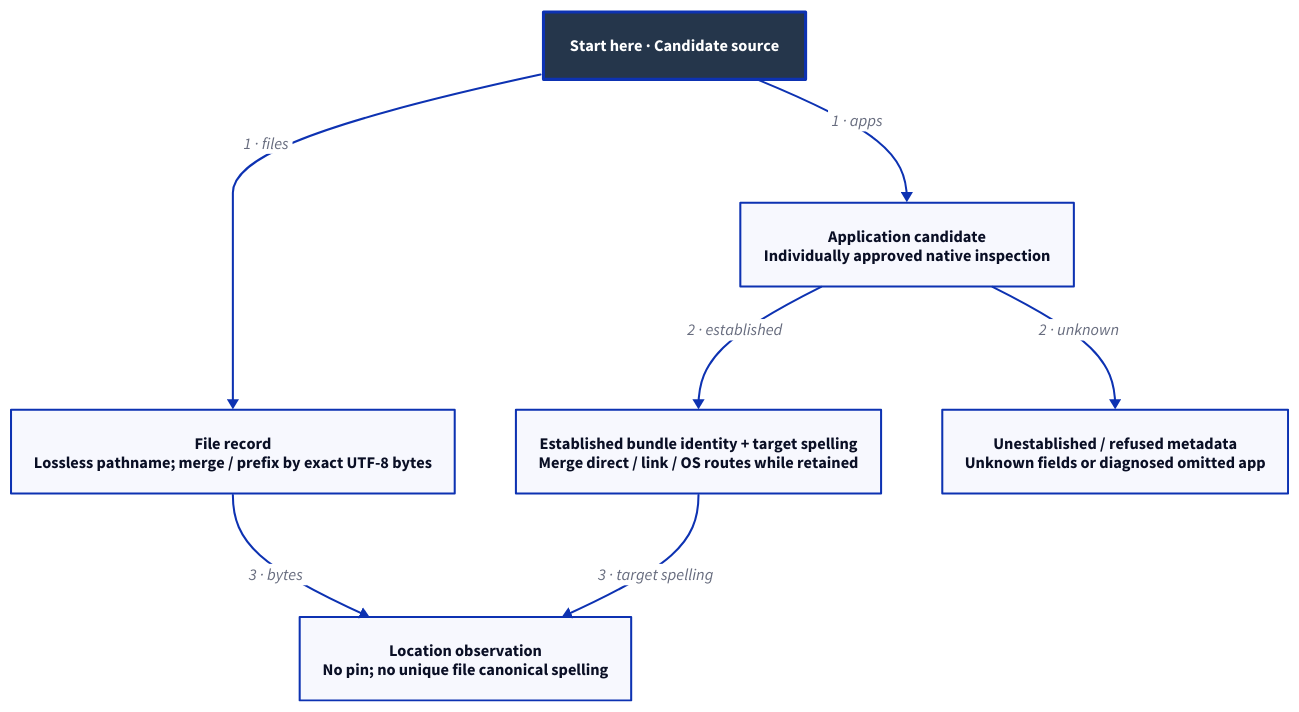
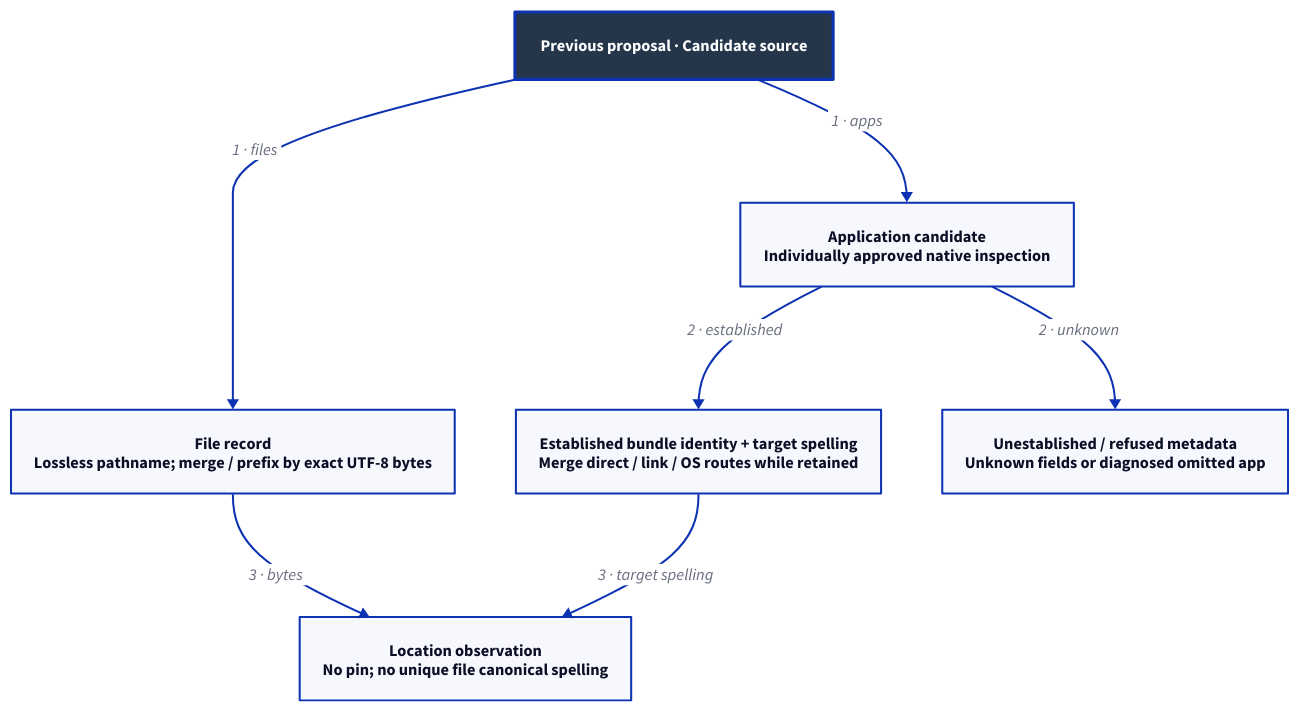
The diagram in docs/design/architecture/search-canonical.d2 (Linkuistics/Koine), drawn with D2 before and after one commit. The commit also changed 138 other files, not shown here.

First line of the commit message:
Move raw search to clients and define v1 native discovery (search-tool-permissions-k196)

```diff
--- a/docs/design/architecture/search-canonical.d2
+++ b/docs/design/architecture/search-canonical.d2
@@ -1,17 +1,17 @@
-# Selected mechanism, subject to human choices/review/native acceptance.
+# Previous raw-search proposal only; not the current v1 API or backend.
 direction: down
 classes: {
   start: {style: {fill: "#25364B"; font-color: "#FFFFFF"; bold: true; stroke-width: 3}}
 }
-Start: "Start here · Candidate source" {class: start}
+Start: "Previous proposal · Candidate source" {class: start}
 File: "File record\nLossless pathname; merge / prefix by exact UTF-8 bytes"
 App: "Application candidate\nIndividually approved native inspection"
 Identity: "Established bundle identity + target spelling\nMerge direct / link / OS routes while retained"
 Unknown: "Unestablished / refused metadata\nUnknown fields or diagnosed omitted app"
 Location: "Location observation\nNo pin; no unique file canonical spelling"
 Start -> File: "1 · files"
 Start -> App: "1 · apps"
 App -> Identity: "2 · established"
 App -> Unknown: "2 · unknown"
 File -> Location: "3 · bytes"
 Identity -> Location: "3 · target spelling"
```
